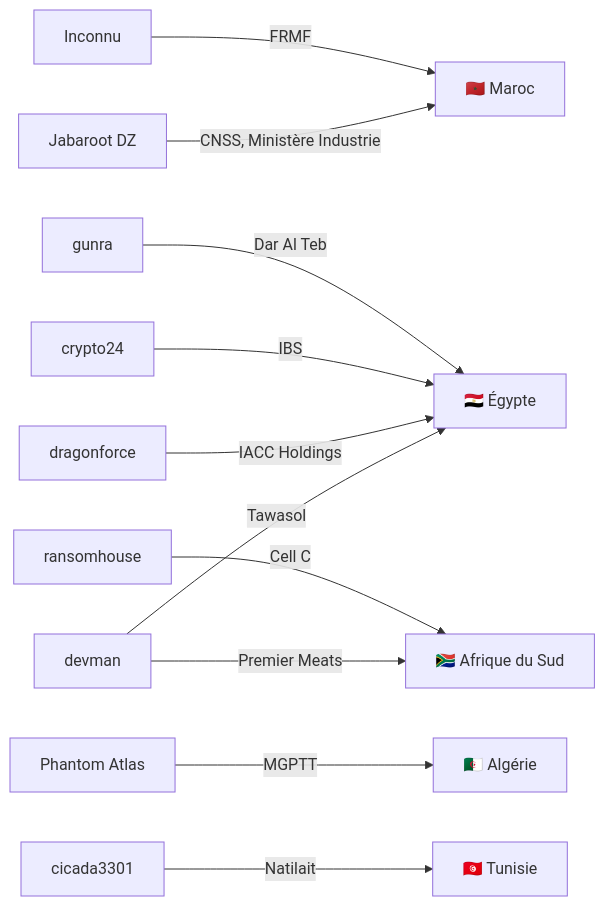
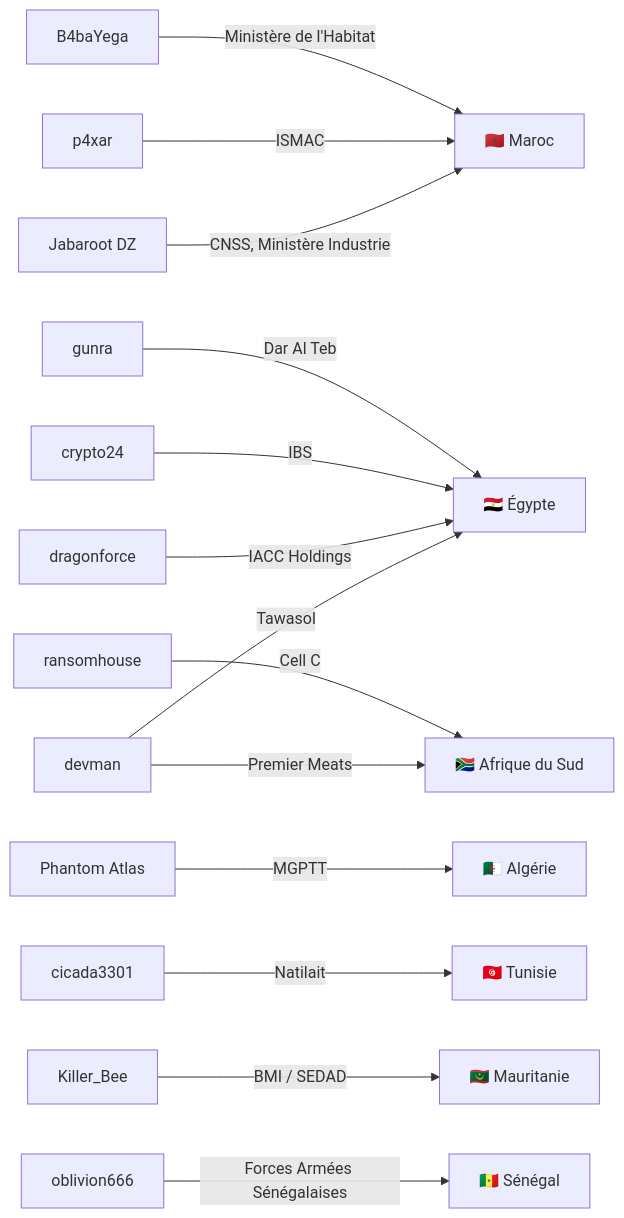
One commit to Hatchepsoute/AFRINTEL changed the fourth of 5 diagrams in CyberAttackAfrica/2025/04-april/README_FR.md. Above: the diagram before and after it, drawn with Mermaid. The commit also changed other lines of this file and 255 other files, not shown here.

````diff
--- a/CyberAttackAfrica/2025/04-april/README_FR.md
+++ b/CyberAttackAfrica/2025/04-april/README_FR.md
@@ -125,13 +148,16 @@
 ```mermaid
 graph LR
     JabarootDZ["Jabaroot DZ"] -->|CNSS, Ministère Industrie| Maroc["🇲🇦 Maroc"]
     devman -->|Tawasol| Egypte["🇪🇬 Égypte"]
     devman -->|Premier Meats| AfriqueSud["🇿🇦 Afrique du Sud"]
     dragonforce -->|IACC Holdings| Egypte
     ransomhouse -->|Cell C| AfriqueSud
     crypto24 -->|IBS| Egypte
     PhantomAtlas["Phantom Atlas"] -->|MGPTT| Algerie["🇩🇿 Algérie"]
     cicada3301 -->|Natilait| Tunisie["🇹🇳 Tunisie"]
     gunra -->|Dar Al Teb| Egypte
-    inconnu["Inconnu"] -->|FRMF| Maroc
+    p4xar -->|ISMAC| Maroc
+    B4baYega -->|Ministère de l'Habitat| Maroc
+    KillerBee["Killer_Bee"] -->|BMI / SEDAD| Mauritanie["🇲🇷 Mauritanie"]
+    oblivion666 -->|Forces Armées Sénégalaises| Senegal["🇸🇳 Sénégal"]
 ```
````
